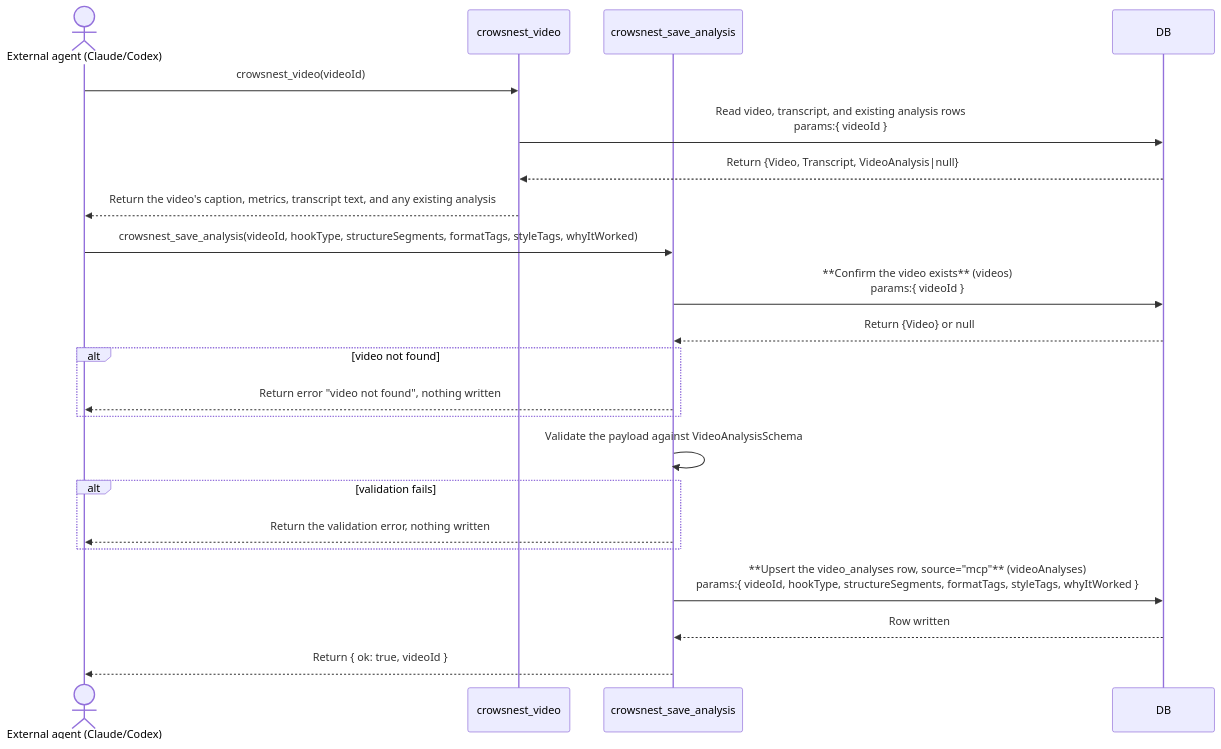
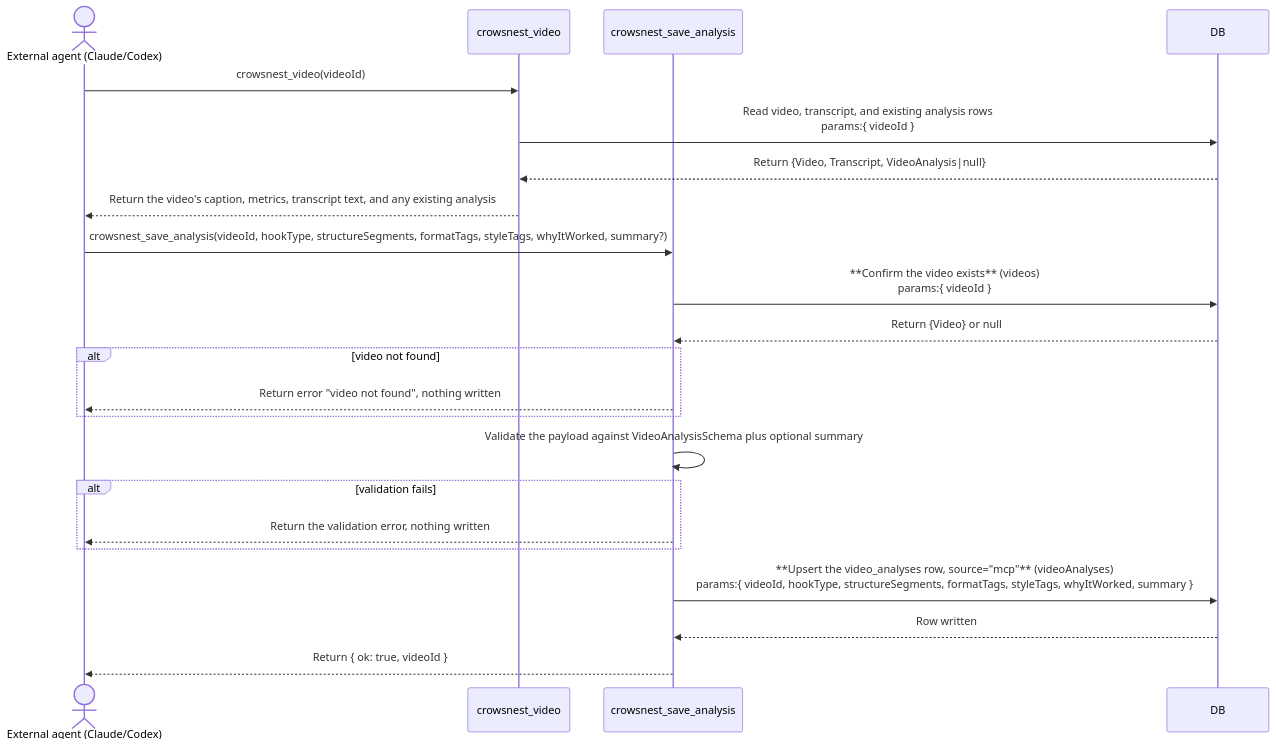
Before and after one commit to Kaiships-ai/crowsnest: the second of 2 diagrams in documents/architect/core-components/analyze/02-architecture.md, drawn with Mermaid. The commit also changed other lines of this file and 8 other files, not shown here.

First line of the commit message:
fix(feed): make the analysis summary field honest (B-10)

````diff
--- a/documents/architect/core-components/analyze/02-architecture.md
+++ b/documents/architect/core-components/analyze/02-architecture.md
@@ -96,26 +96,26 @@
 ```mermaid
 sequenceDiagram
     actor Agent as External agent (Claude/Codex)
     participant Video as crowsnest_video
     participant Save as crowsnest_save_analysis
     participant DB
 
     Agent->>Video: crowsnest_video(videoId)
     Video->>DB: Read video, transcript, and existing analysis rows<br/>params:{ videoId }
     DB-->>Video: Return {Video, Transcript, VideoAnalysis|null}
     Video-->>Agent: Return the video's caption, metrics, transcript text, and any existing analysis
 
-    Agent->>Save: crowsnest_save_analysis(videoId, hookType, structureSegments, formatTags, styleTags, whyItWorked)
+    Agent->>Save: crowsnest_save_analysis(videoId, hookType, structureSegments, formatTags, styleTags, whyItWorked, summary?)
     Save->>DB: **Confirm the video exists** (videos)<br/>params:{ videoId }
     DB-->>Save: Return {Video} or null
     alt video not found
         Save-->>Agent: Return error "video not found", nothing written
     end
-    Save->>Save: Validate the payload against VideoAnalysisSchema
+    Save->>Save: Validate the payload against VideoAnalysisSchema plus optional summary
     alt validation fails
         Save-->>Agent: Return the validation error, nothing written
     end
-    Save->>DB: **Upsert the video_analyses row, source="mcp"** (videoAnalyses)<br/>params:{ videoId, hookType, structureSegments, formatTags, styleTags, whyItWorked }
+    Save->>DB: **Upsert the video_analyses row, source="mcp"** (videoAnalyses)<br/>params:{ videoId, hookType, structureSegments, formatTags, styleTags, whyItWorked, summary }
     DB-->>Save: Row written
     Save-->>Agent: Return { ok: true, videoId }
 ```
````
